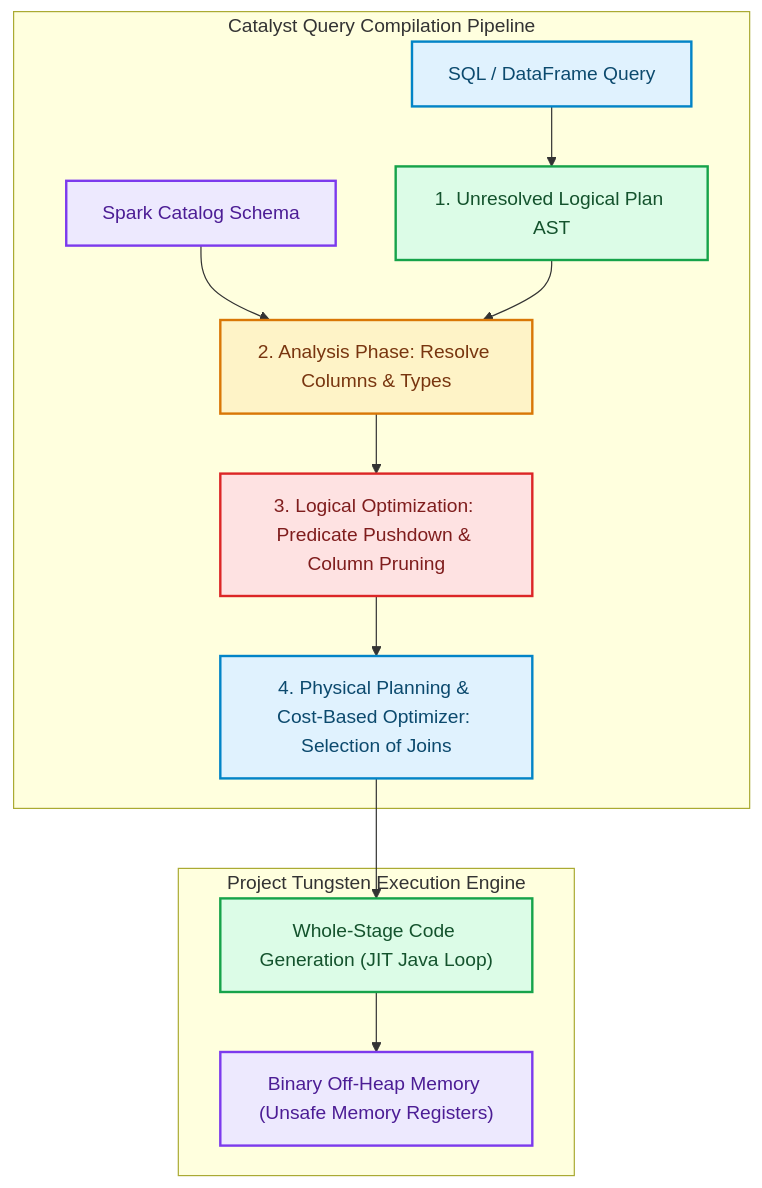
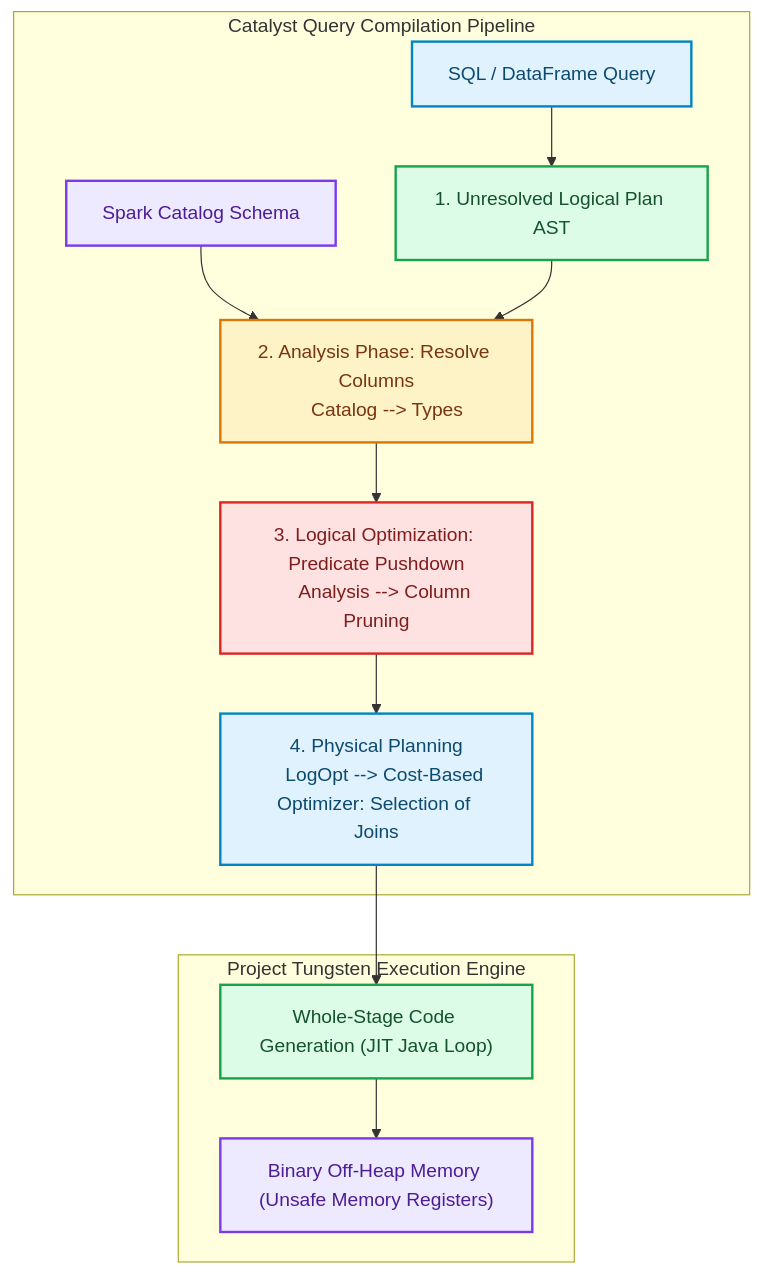
One commit to akmalkhaniub/akmalkhaniub.github.io changed the diagram in blog/posts/apache-spark-catalyst-optimizer-whole-stage-codegen.md. Above: the diagram before and after it, drawn with Mermaid. The commit also changed other lines of this file and 894 other files, not shown here.

Commit message:
feat(blog): upgrade all 444 posts with unique staggered dates, 2-col Mermaid spines, benchmark tables, code blocks, and trade-offs

````diff
--- a/blog/posts/apache-spark-catalyst-optimizer-whole-stage-codegen.md
+++ b/blog/posts/apache-spark-catalyst-optimizer-whole-stage-codegen.md
@@ -21,27 +21,30 @@
 ```mermaid
 flowchart TD
   subgraph SG1_CatalystQueryCompilation ["Catalyst Query Compilation Pipeline"]
     SQL["SQL / DataFrame Query"] --> Unresolved["1. Unresolved Logical Plan AST"]
-    Catalog["Spark Catalog Schema"] --> Analysis["2. Analysis Phase: Resolve Columns & Types"]
+    Catalog["Spark Catalog Schema"] --> Analysis["2. Analysis Phase: Resolve Columns
+    Catalog --> Types"]
     Unresolved --> Analysis
     
-    Analysis --> LogOpt["3. Logical Optimization: Predicate Pushdown & Column Pruning"]
-    LogOpt --> Physical["4. Physical Planning & Cost-Based Optimizer: Selection of Joins"]
+    Analysis --> LogOpt["3. Logical Optimization: Predicate Pushdown
+    Analysis --> Column Pruning"]
+    LogOpt --> Physical["4. Physical Planning
+    LogOpt --> Cost-Based Optimizer: Selection of Joins"]
   end
   
   subgraph SG2_ProjectTungstenExecution ["Project Tungsten Execution Engine"]
     Physical --> Codegen[" Whole-Stage Code Generation (JIT Java Loop)"]
     Codegen --> OffHeap["Binary Off-Heap Memory (Unsafe Memory Registers)"]
   end
 
 classDef green fill:#dcfce7,stroke:#16a34a,stroke-width:2px,color:#14532d;
 classDef red fill:#fee2e2,stroke:#dc2626,stroke-width:2px,color:#7f1d1d;
 classDef blue fill:#e0f2fe,stroke:#0284c7,stroke-width:2px,color:#0c4a6e;
 classDef yellow fill:#fef3c7,stroke:#d97706,stroke-width:2px,color:#78350f;
 classDef purple fill:#ede9fe,stroke:#7c3aed,stroke-width:2px,color:#4c1d95;
 class SQL,Physical blue
 class Unresolved,Codegen green
 class Catalog,OffHeap purple
 class Analysis yellow
 class LogOpt red
 ```
````
